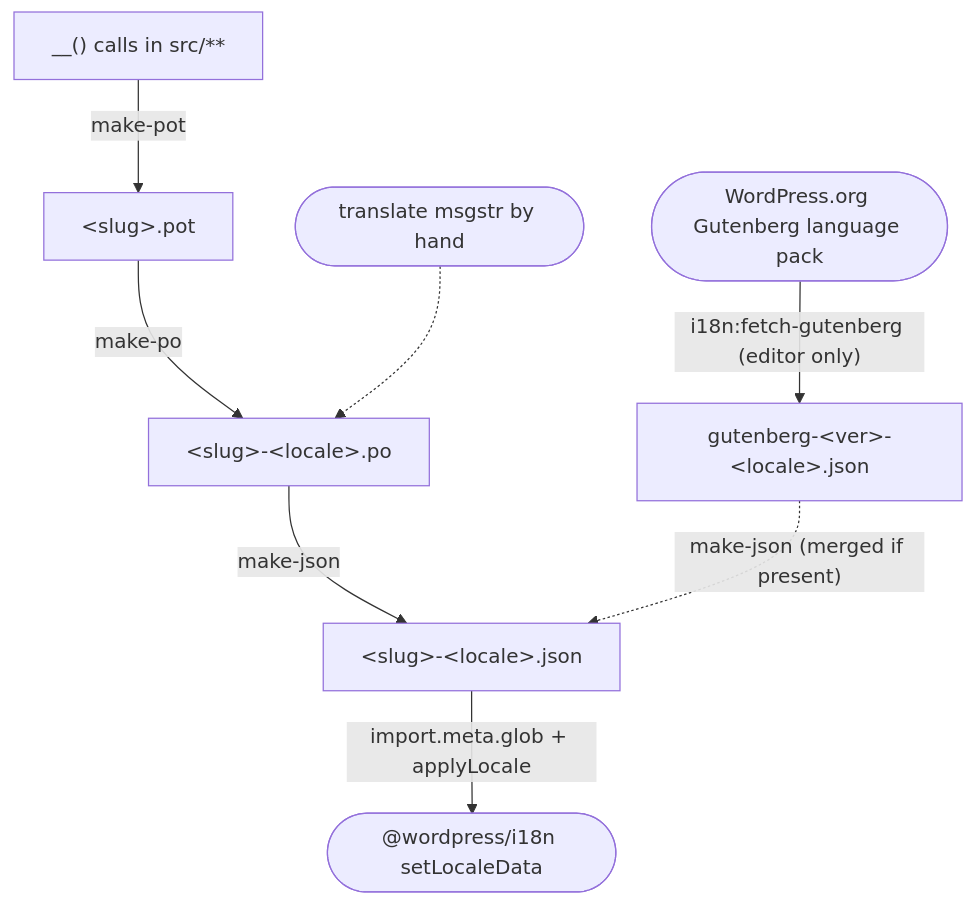
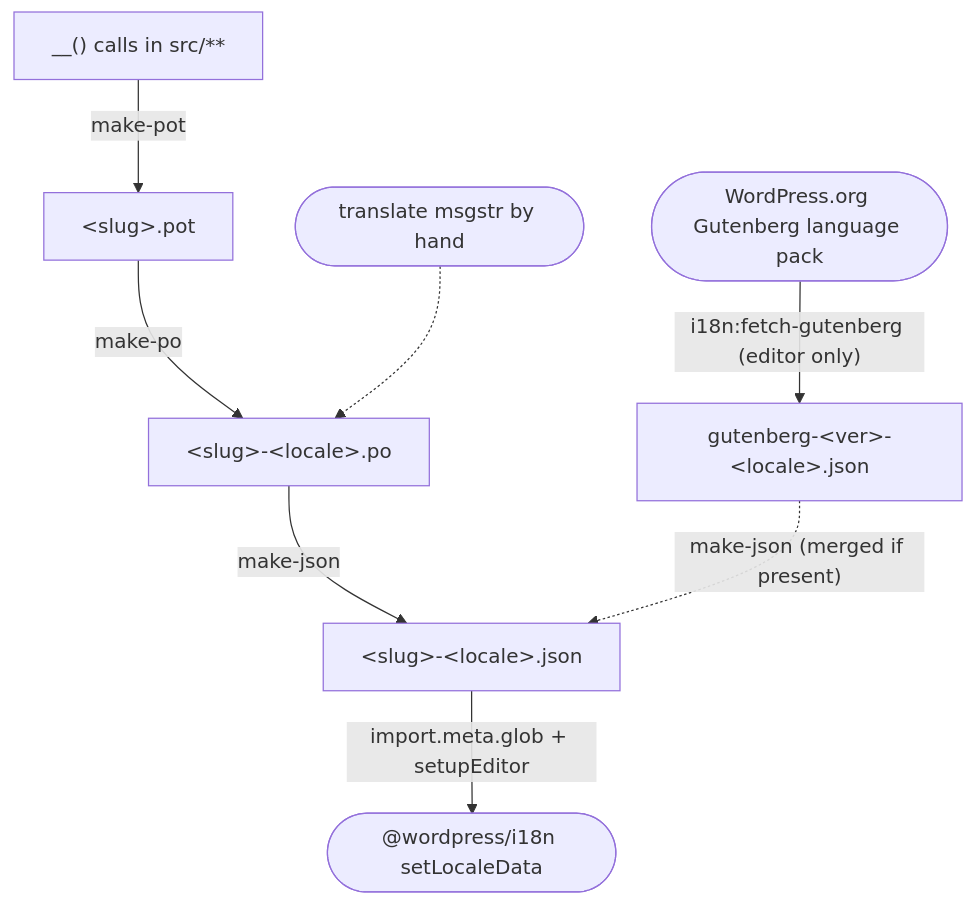
Before and after one commit to t-hamano/mark-bricks: the diagram in packages/i18n-tools/README.md, drawn with Mermaid. The commit also changed other lines of this file and 13 other files, not shown here.

Commit message:
refactor(editor): move the locale setup and block registration into the editor package (#191)

````diff
--- a/packages/i18n-tools/README.md
+++ b/packages/i18n-tools/README.md
@@ -12,10 +12,10 @@
 ```mermaid
 flowchart TD
 	src["__() calls in src/**"] -- make-pot --> pot["&lt;slug&gt;.pot"]
 	pot -- make-po --> po["&lt;slug&gt;-&lt;locale&gt;.po"]
 	translators(["translate msgstr by hand"]) -.-> po
 	wporg(["WordPress.org Gutenberg language pack"]) -- "i18n:fetch-gutenberg (editor only)" --> gb["gutenberg-&lt;ver&gt;-&lt;locale&gt;.json"]
 	po -- make-json --> json["&lt;slug&gt;-&lt;locale&gt;.json"]
 	gb -. "make-json (merged if present)" .-> json
-	json -- "import.meta.glob + applyLocale" --> runtime(["@wordpress/i18n setLocaleData"])
+	json -- "import.meta.glob + setupEditor" --> runtime(["@wordpress/i18n setLocaleData"])
 ```
````
